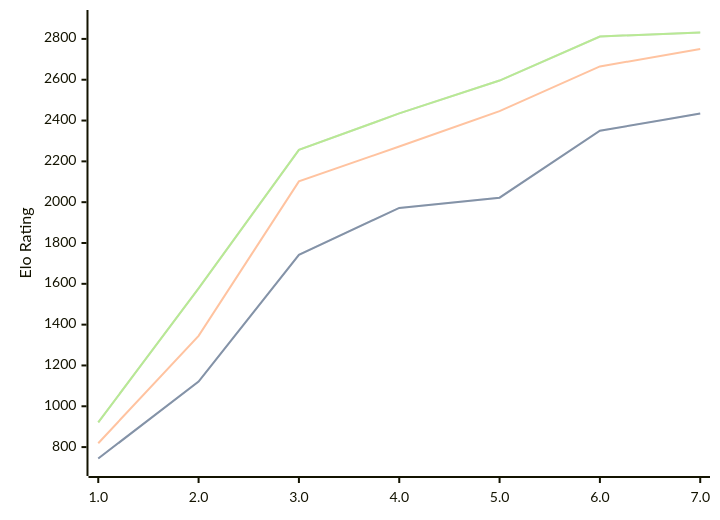
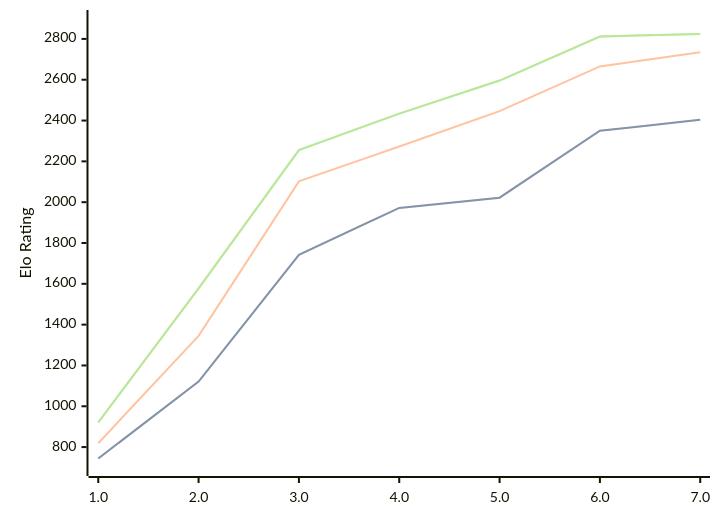
The diagram in engines/Pea.md (computer-chess-index/cci), drawn with Mermaid before and after one commit. The commit also changed other lines of this file, not shown here.

Commit message:
Update CCI Ratings (ELO VLTC) - 2026-04-28

````diff
--- a/engines/Pea.md
+++ b/engines/Pea.md
@@ -37,11 +37,11 @@
 ```mermaid
 %%{init: {"theme":"base","themeVariables":{"seriesColors:['#a3a3a3','#222221','#faa371']}}}%%
 xychart-beta
   x-axis ["1.0", "2.0", "3.0", "4.0", "5.0", "6.0", "7.0"]
   y-axis "Elo Rating" 700 --> 2900
-  line "STC (8.0+0.08s)" [744, 1121, 1742, 1972, 2022, 2350, 2434]
-  line "STC (8.0+0.08s)" [744, 1121, 1742, 1972, 2022, 2350, 2434]
-  line "LTC (60.0+0.60s)" [819, 1345, 2102, 2273, 2446, 2665, 2751]
-  line "VLTC (2m24s+1.12s)" [921, 1578, 2256, 2435, 2596, 2812, 2832]
-  line "VLTC (2m24s+1.12s)" [921, 1578, 2256, 2435, 2596, 2812, 2832]
+  line "STC (8.0+0.08s)" [744, 1121, 1742, 1972, 2022, 2350, 2404]
+  line "STC (8.0+0.08s)" [744, 1121, 1742, 1972, 2022, 2350, 2404]
+  line "LTC (60.0+0.60s)" [819, 1345, 2102, 2273, 2446, 2665, 2735]
+  line "VLTC (2m24s+1.12s)" [921, 1578, 2255, 2434, 2596, 2812, 2824]
+  line "VLTC (2m24s+1.12s)" [921, 1578, 2255, 2434, 2596, 2812, 2824]
 ```
````
